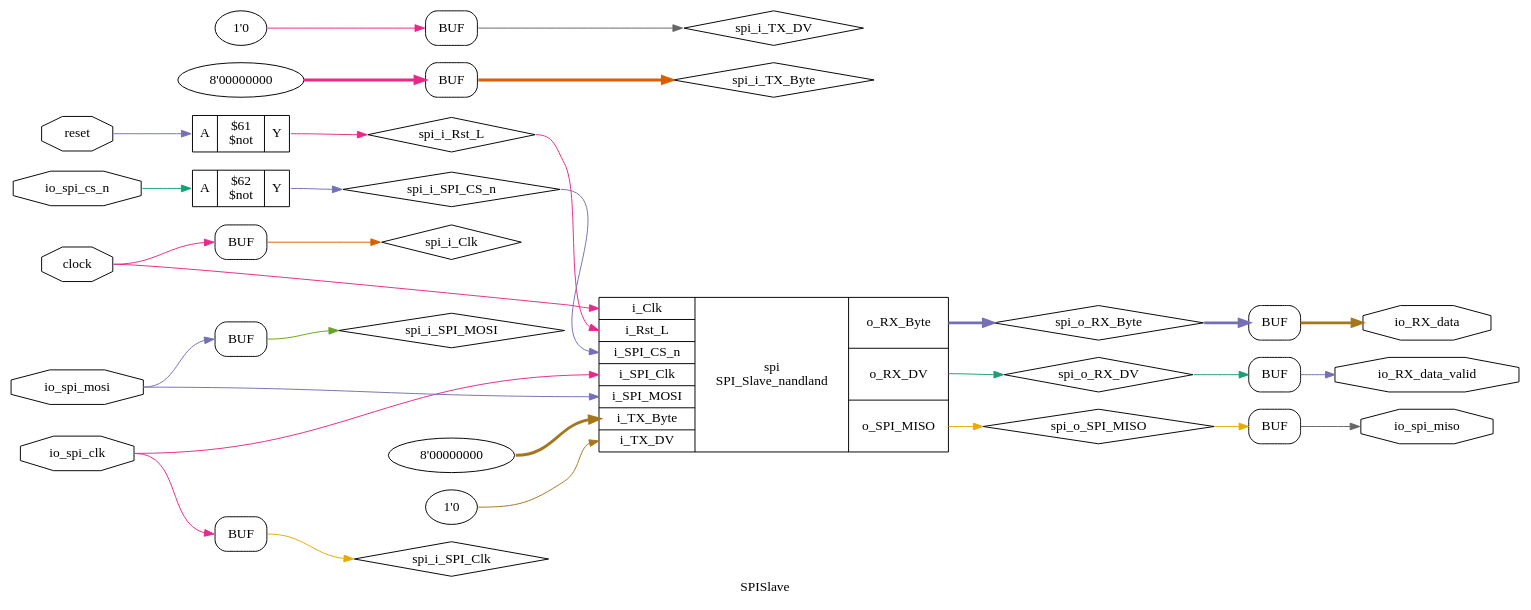
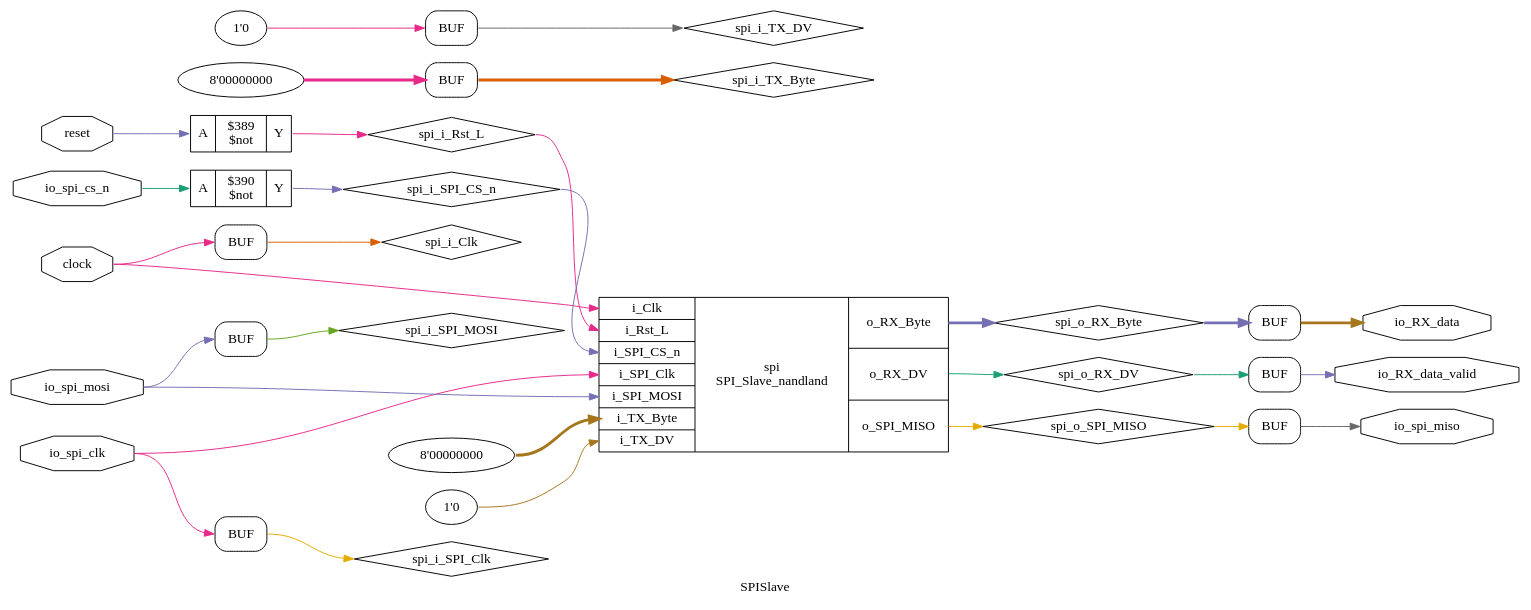
The diagram in graphs/yosys/SPISlave_opt.dot (TDT4295-2019-groupA/FPGA), drawn with Graphviz before and after one commit. The commit also changed 81 other files, not shown here.

Commit message:
run make graphs

```diff
--- a/graphs/yosys/SPISlave_opt.dot
+++ b/graphs/yosys/SPISlave_opt.dot
@@ -1,70 +1,70 @@
 digraph "SPISlave" {
 label="SPISlave";
 rankdir="LR";
 remincross=true;
 n1 [ shape=octagon, label="clock", color="black", fontcolor="black" ];
 n2 [ shape=octagon, label="io_RX_data", color="black", fontcolor="black" ];
 n3 [ shape=octagon, label="io_RX_data_valid", color="black", fontcolor="black" ];
 n4 [ shape=octagon, label="io_spi_clk", color="black", fontcolor="black" ];
 n5 [ shape=octagon, label="io_spi_cs_n", color="black", fontcolor="black" ];
 n6 [ shape=octagon, label="io_spi_miso", color="black", fontcolor="black" ];
 n7 [ shape=octagon, label="io_spi_mosi", color="black", fontcolor="black" ];
 n8 [ shape=octagon, label="reset", color="black", fontcolor="black" ];
 n9 [ shape=diamond, label="spi_i_Clk", color="black", fontcolor="black" ];
 n10 [ shape=diamond, label="spi_i_Rst_L", color="black", fontcolor="black" ];
 n11 [ shape=diamond, label="spi_i_SPI_CS_n", color="black", fontcolor="black" ];
 n12 [ shape=diamond, label="spi_i_SPI_Clk", color="black", fontcolor="black" ];
 n13 [ shape=diamond, label="spi_i_SPI_MOSI", color="black", fontcolor="black" ];
 n14 [ shape=diamond, label="spi_i_TX_Byte", color="black", fontcolor="black" ];
 n15 [ shape=diamond, label="spi_i_TX_DV", color="black", fontcolor="black" ];
 n16 [ shape=diamond, label="spi_o_RX_Byte", color="black", fontcolor="black" ];
 n17 [ shape=diamond, label="spi_o_RX_DV", color="black", fontcolor="black" ];
 n18 [ shape=diamond, label="spi_o_SPI_MISO", color="black", fontcolor="black" ];
 { rank="source"; n1; n4; n5; n7; n8;}
 { rank="sink"; n2; n3; n6;}
-c21 [ shape=record, label="{{<p19> A}|$61\n$not|{<p20> Y}}" ];
-c22 [ shape=record, label="{{<p19> A}|$62\n$not|{<p20> Y}}" ];
+c21 [ shape=record, label="{{<p19> A}|$389\n$not|{<p20> Y}}" ];
+c22 [ shape=record, label="{{<p19> A}|$390\n$not|{<p20> Y}}" ];
 v0 [ label="8'00000000" ];
 v1 [ label="1'0" ];
 c33 [ shape=record, label="{{<p23> i_Clk|<p24> i_Rst_L|<p25> i_SPI_CS_n|<p26> i_SPI_Clk|<p27> i_SPI_MOSI|<p28> i_TX_Byte|<p29> i_TX_DV}|spi\nSPI_Slave_nandland|{<p30> o_RX_Byte|<p31> o_RX_DV|<p32> o_SPI_MISO}}" ];
 x2 [shape=box, style=rounded, label="BUF"];
 x3 [shape=box, style=rounded, label="BUF"];
 x4 [shape=box, style=rounded, label="BUF"];
 x5 [shape=box, style=rounded, label="BUF"];
 x6 [shape=box, style=rounded, label="BUF"];
 x7 [shape=box, style=rounded, label="BUF"];
 v8 [ label="8'00000000" ];
 x9 [shape=box, style=rounded, label="BUF"];
 v10 [ label="1'0" ];
 x11 [shape=box, style=rounded, label="BUF"];
 n1:e -> c33:p23:w [colorscheme="dark28", color="4", fontcolor="4", label=""];
 n1:e -> x5:w:w [colorscheme="dark28", color="4", fontcolor="4", label=""];
 c21:p20:e -> n10:w [colorscheme="dark28", color="4", fontcolor="4", label=""];
 n10:e -> c33:p24:w [colorscheme="dark28", color="4", fontcolor="4", label=""];
 c22:p20:e -> n11:w [colorscheme="dark28", color="3", fontcolor="3", label=""];
 n11:e -> c33:p25:w [colorscheme="dark28", color="3", fontcolor="3", label=""];
 x6:e:e -> n12:w [colorscheme="dark28", color="6", fontcolor="6", label=""];
 x7:e:e -> n13:w [colorscheme="dark28", color="5", fontcolor="5", label=""];
 x9:e:e -> n14:w [colorscheme="dark28", color="2", fontcolor="2", style="setlinewidth(3)", label=""];
 x11:e:e -> n15:w [colorscheme="dark28", color="8", fontcolor="8", label=""];
 c33:p30:e -> n16:w [colorscheme="dark28", color="3", fontcolor="3", style="setlinewidth(3)", label=""];
 n16:e -> x2:w:w [colorscheme="dark28", color="3", fontcolor="3", style="setlinewidth(3)", label=""];
 c33:p31:e -> n17:w [colorscheme="dark28", color="1", fontcolor="1", label=""];
 n17:e -> x3:w:w [colorscheme="dark28", color="1", fontcolor="1", label=""];
 c33:p32:e -> n18:w [colorscheme="dark28", color="6", fontcolor="6", label=""];
 n18:e -> x4:w:w [colorscheme="dark28", color="6", fontcolor="6", label=""];
 x2:e:e -> n2:w [colorscheme="dark28", color="7", fontcolor="7", style="setlinewidth(3)", label=""];
 x3:e:e -> n3:w [colorscheme="dark28", color="3", fontcolor="3", label=""];
 n4:e -> c33:p26:w [colorscheme="dark28", color="4", fontcolor="4", label=""];
 n4:e -> x6:w:w [colorscheme="dark28", color="4", fontcolor="4", label=""];
 n5:e -> c22:p19:w [colorscheme="dark28", color="1", fontcolor="1", label=""];
 x4:e:e -> n6:w [colorscheme="dark28", color="8", fontcolor="8", label=""];
 n7:e -> c33:p27:w [colorscheme="dark28", color="3", fontcolor="3", label=""];
 n7:e -> x7:w:w [colorscheme="dark28", color="3", fontcolor="3", label=""];
 n8:e -> c21:p19:w [colorscheme="dark28", color="3", fontcolor="3", label=""];
 x5:e:e -> n9:w [colorscheme="dark28", color="2", fontcolor="2", label=""];
 v0:e -> c33:p28:w [colorscheme="dark28", color="7", fontcolor="7", style="setlinewidth(3)", label=""];
 v1:e -> c33:p29:w [colorscheme="dark28", color="7", fontcolor="7", label=""];
 v10:e -> x11:w:w [colorscheme="dark28", color="4", fontcolor="4", label=""];
 v8:e -> x9:w:w [colorscheme="dark28", color="4", fontcolor="4", style="setlinewidth(3)", label=""];
 }
```
